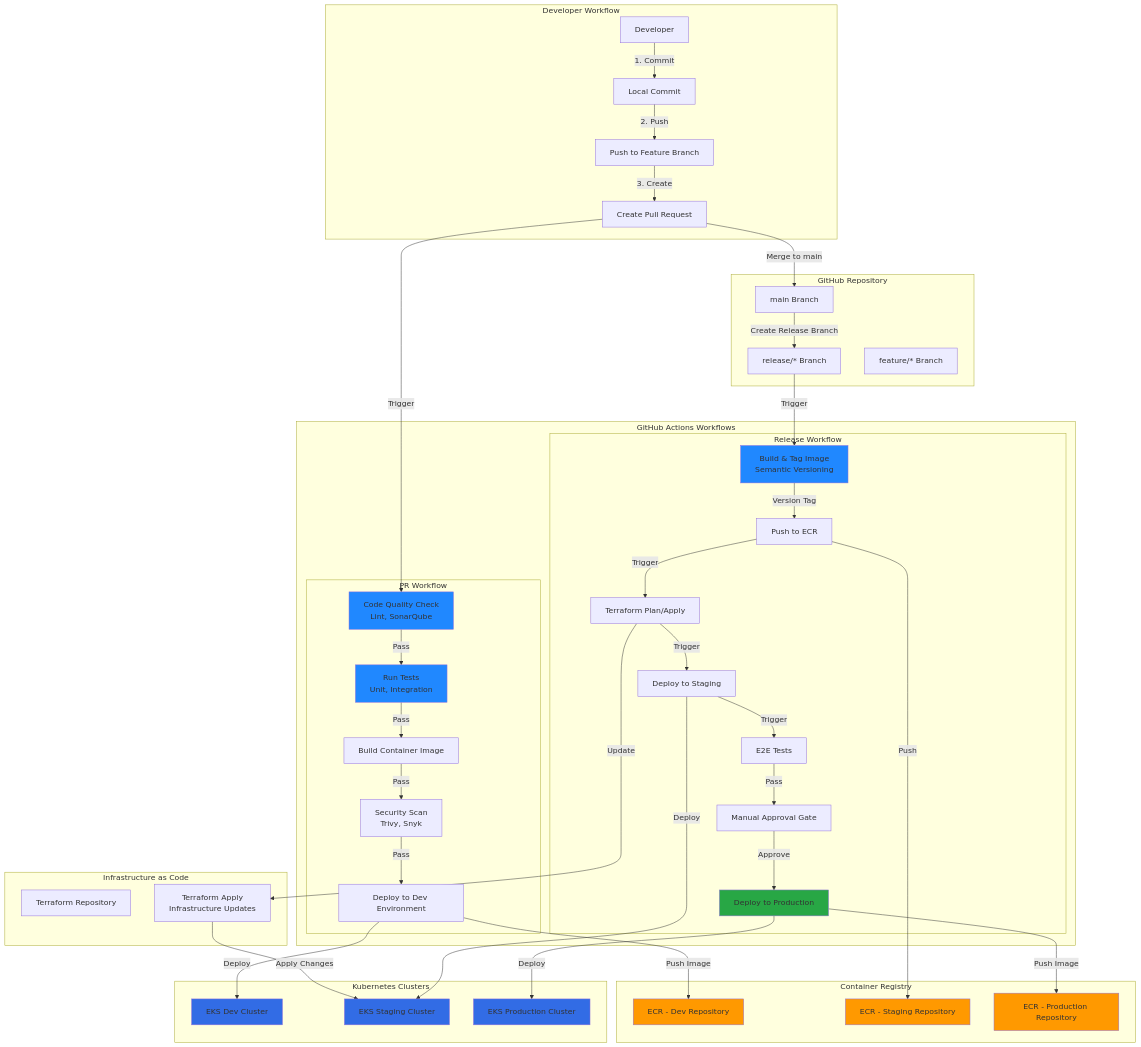
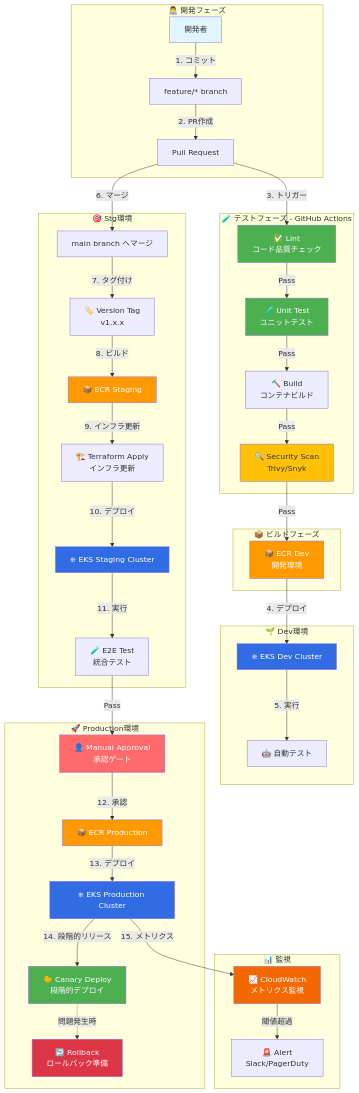
Before and after one commit to mattyopon/Business: the fifth of 6 diagrams in _archive_case_b_old/インフラ構成図.md, drawn with Mermaid. The commit also changed other lines of this file and 1 other file, not shown here.

First line of the commit message:
アーキテクチャ図を視覚的に改善

````diff
--- a/_archive_case_b_old/インフラ構成図.md
+++ b/_archive_case_b_old/インフラ構成図.md
@@ -234,93 +326,89 @@
 ```mermaid
-graph TD
-    subgraph "Developer Workflow"
-        Dev[Developer]
-        LocalCommit[Local Commit]
-        PushPR[Push to Feature Branch]
-        CreatePR[Create Pull Request]
+graph TB
+    subgraph "👨‍💻 開発フェーズ"
+        DEV[開発者]
+        FEATURE[feature/* branch]
+        PR[Pull Request]
     end
 
-    subgraph "GitHub Repository"
-        MainBranch[main Branch]
-        ReleaseBranch[release/* Branch]
-        FeatureBranch[feature/* Branch]
+    subgraph "🧪 テストフェーズ - GitHub Actions"
+        LINT[✅ Lint<br/>コード品質チェック]
+        TEST[🧪 Unit Test<br/>ユニットテスト]
+        BUILD[🔨 Build<br/>コンテナビルド]
+        SCAN[🔍 Security Scan<br/>Trivy/Snyk]
     end
 
-    subgraph "GitHub Actions Workflows"
-        subgraph "PR Workflow"
-            PRCheck[Code Quality Check<br/>Lint, SonarQube]
-            PRTest[Run Tests<br/>Unit, Integration]
-            PRBuild[Build Container Image]
-            PRScan[Security Scan<br/>Trivy, Snyk]
-            PRDeployDev[Deploy to Dev Environment]
-        end
-
-        subgraph "Release Workflow"
-            ReleaseBuild[Build & Tag Image<br/>Semantic Versioning]
-            ReleasePushECR[Push to ECR]
-            ReleaseTerraform[Terraform Plan/Apply]
-            ReleaseDeployStg[Deploy to Staging]
-            ReleaseE2E[E2E Tests]
-            ManualApproval[Manual Approval Gate]
-            ReleaseDeployProd[Deploy to Production]
-        end
+    subgraph "📦 ビルドフェーズ"
+        ECR_DEV[📦 ECR Dev<br/>開発環境]
     end
 
-    subgraph "Container Registry"
-        ECRDev[ECR - Dev Repository]
-        ECRStg[ECR - Staging Repository]
-        ECRProd[ECR - Production Repository]
+    subgraph "🌱 Dev環境"
+        EKS_DEV[⎈ EKS Dev Cluster]
+        TEST_AUTO[🤖 自動テスト]
     end
 
-    subgraph "Infrastructure as Code"
-        TerraformRepo[Terraform Repository]
-        TerraformApply[Terraform Apply<br/>Infrastructure Updates]
+    subgraph "🎯 Stg環境"
+        MERGE[main branch へマージ]
+        TAG[🏷️ Version Tag<br/>v1.x.x]
+        ECR_STG[📦 ECR Staging]
+        TERRAFORM[🏗️ Terraform Apply<br/>インフラ更新]
+        EKS_STG[⎈ EKS Staging Cluster]
+        E2E[🧪 E2E Test<br/>統合テスト]
     end
 
-    subgraph "Kubernetes Clusters"
-        EKSDev[EKS Dev Cluster]
-        EKSStg[EKS Staging Cluster]
-        EKSProd[EKS Production Cluster]
+    subgraph "🚀 Production環境"
+        APPROVAL[👤 Manual Approval<br/>承認ゲート]
+        ECR_PROD[📦 ECR Production]
+        EKS_PROD[⎈ EKS Production Cluster]
+        CANARY[🐤 Canary Deploy<br/>段階的デプロイ]
+        ROLLBACK[↩️ Rollback<br/>ロールバック準備]
     end
 
-    Dev -->|1. Commit| LocalCommit
-    LocalCommit -->|2. Push| PushPR
-    PushPR -->|3. Create| CreatePR
-    CreatePR -->|Trigger| PRCheck
+    subgraph "📊 監視"
+        MONITOR[📈 CloudWatch<br/>メトリクス監視]
+        ALERT[🚨 Alert<br/>Slack/PagerDuty]
+    end
 
-    PRCheck -->|Pass| PRTest
-    PRTest -->|Pass| PRBuild
-    PRBuild -->|Pass| PRScan
-    PRScan -->|Pass| PRDeployDev
+    DEV -->|1. コミット| FEATURE
+    FEATURE -->|2. PR作成| PR
+    PR -->|3. トリガー| LINT
 
-    PRDeployDev -->|Deploy| EKSDev
-    PRDeployDev -->|Push Image| ECRDev
+    LINT -->|Pass| TEST
+    TEST -->|Pass| BUILD
+    BUILD -->|Pass| SCAN
+    SCAN -->|Pass| ECR_DEV
 
-    CreatePR -->|Merge to main| MainBranch
-    MainBranch -->|Create Release Branch| ReleaseBranch
+    ECR_DEV -->|4. デプロイ| EKS_DEV
+    EKS_DEV -->|5. 実行| TEST_AUTO
 
-    ReleaseBranch -->|Trigger| ReleaseBuild
-    ReleaseBuild -->|Version Tag| ReleasePushECR
-    ReleasePushECR -->|Push| ECRStg
-    ReleasePushECR -->|Trigger| ReleaseTerraform
-    ReleaseTerraform -->|Update| TerraformApply
-    TerraformApply -->|Apply Changes| EKSStg
-    ReleaseTerraform -->|Trigger| ReleaseDeployStg
-    ReleaseDeployStg -->|Deploy| EKSStg
-    ReleaseDeployStg -->|Trigger| ReleaseE2E
-    ReleaseE2E -->|Pass| ManualApproval
-    ManualApproval -->|Approve| ReleaseDeployProd
-    ReleaseDeployProd -->|Push Image| ECRProd
-    ReleaseDeployProd -->|Deploy| EKSProd
+    PR -->|6. マージ| MERGE
+    MERGE -->|7. タグ付け| TAG
+    TAG -->|8. ビルド| ECR_STG
+    ECR_STG -->|9. インフラ更新| TERRAFORM
+    TERRAFORM -->|10. デプロイ| EKS_STG
+    EKS_STG -->|11. 実行| E2E
 
-    style PRCheck fill:#2088FF
-    style PRTest fill:#2088FF
-    style ReleaseBuild fill:#2088FF
-    style ReleaseDeployProd fill:#28A745
-    style EKSDev fill:#326CE5
-    style EKSStg fill:#326CE5
-    style EKSProd fill:#326CE5
-    style ECRDev fill:#FF9900
-    style ECRStg fill:#FF9900
-    style ECRProd fill:#FF9900
+    E2E -->|Pass| APPROVAL
+    APPROVAL -->|12. 承認| ECR_PROD
+    ECR_PROD -->|13. デプロイ| EKS_PROD
+    EKS_PROD -->|14. 段階的リリース| CANARY
+    CANARY -.->|問題発生時| ROLLBACK
+
+    EKS_PROD -->|15. メトリクス| MONITOR
+    MONITOR -->|閾値超過| ALERT
+
+    style DEV fill:#e1f5ff
+    style LINT fill:#4CAF50,color:#fff
+    style TEST fill:#4CAF50,color:#fff
+    style SCAN fill:#FFC107
+    style ECR_DEV fill:#ff9900,color:#fff
+    style EKS_DEV fill:#326CE5,color:#fff
+    style ECR_STG fill:#ff9900,color:#fff
+    style EKS_STG fill:#326CE5,color:#fff
+    style APPROVAL fill:#FF6B6B,color:#fff
+    style ECR_PROD fill:#ff9900,color:#fff
+    style EKS_PROD fill:#326CE5,color:#fff
+    style CANARY fill:#4CAF50,color:#fff
+    style ROLLBACK fill:#DC3545,color:#fff
+    style MONITOR fill:#F46800,color:#fff
 ```
````
